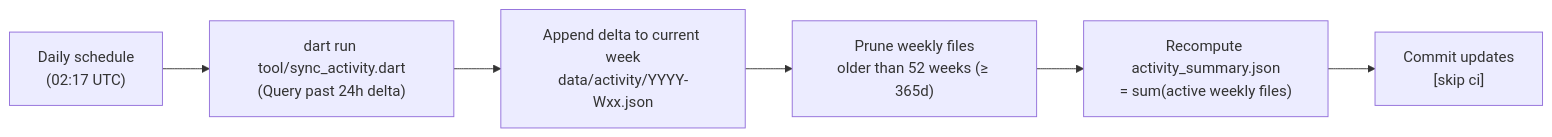
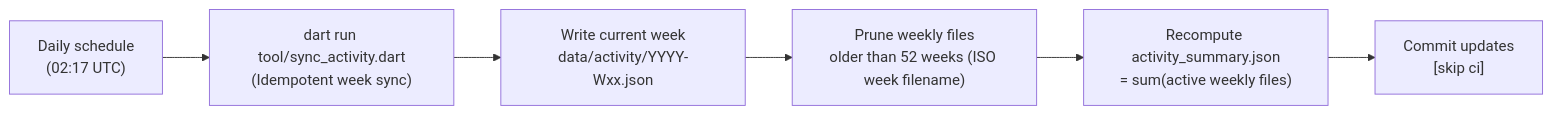
One commit to flutter/contributors changed the diagram in docs/DATA_PIPELINE.md. Above: the diagram before and after it, drawn with Mermaid. The commit also changed other lines of this file and 11 other files, not shown here.

First line of the commit message:
feat: harden contributor data pipeline with idempotent sync and test coverage

````diff
--- a/docs/DATA_PIPELINE.md
+++ b/docs/DATA_PIPELINE.md
@@ -41,8 +41,8 @@
 ```mermaid
 graph LR
-    Schedule["Daily schedule<br/>(02:17 UTC)"] --> Sync["dart run tool/sync_activity.dart<br/>(Query past 24h delta)"]
-    Sync --> WriteWeek["Append delta to current week<br/>data/activity/YYYY-Wxx.json"]
-    WriteWeek --> Prune["Prune weekly files<br/>older than 52 weeks (≥ 365d)"]
+    Schedule["Daily schedule<br/>(02:17 UTC)"] --> Sync["dart run tool/sync_activity.dart<br/>(Idempotent week sync)"]
+    Sync --> WriteWeek["Write current week<br/>data/activity/YYYY-Wxx.json"]
+    WriteWeek --> Prune["Prune weekly files<br/>older than 52 weeks (ISO week filename)"]
     Prune --> Sum["Recompute activity_summary.json<br/>= sum(active weekly files)"]
     Sum --> Commit["Commit updates<br/>[skip ci]"]
 ```
````
